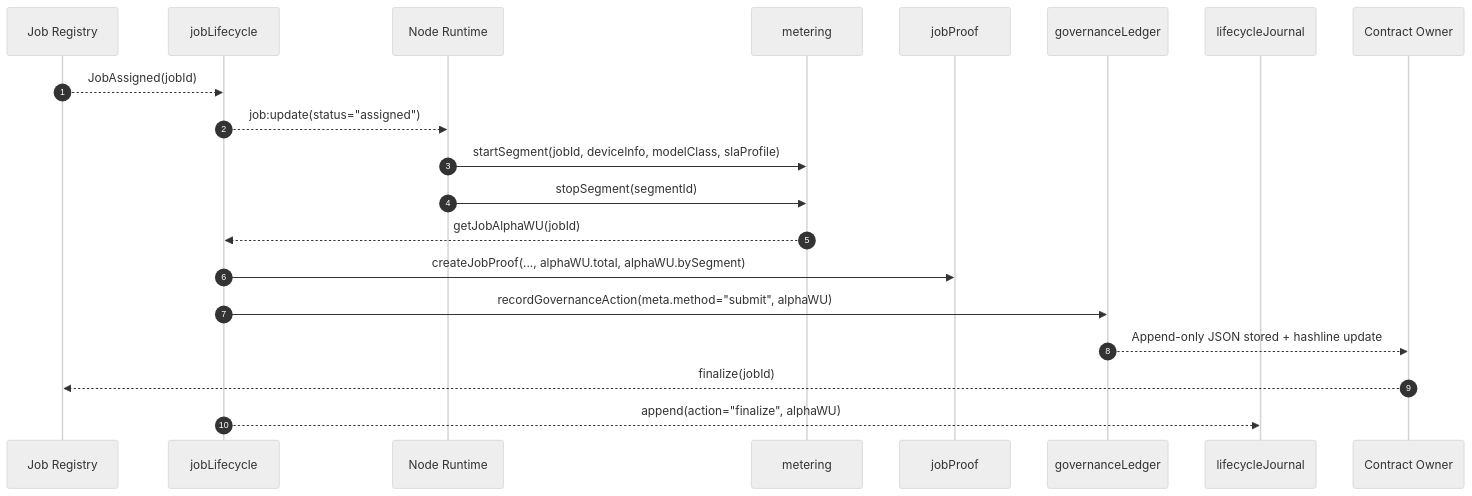
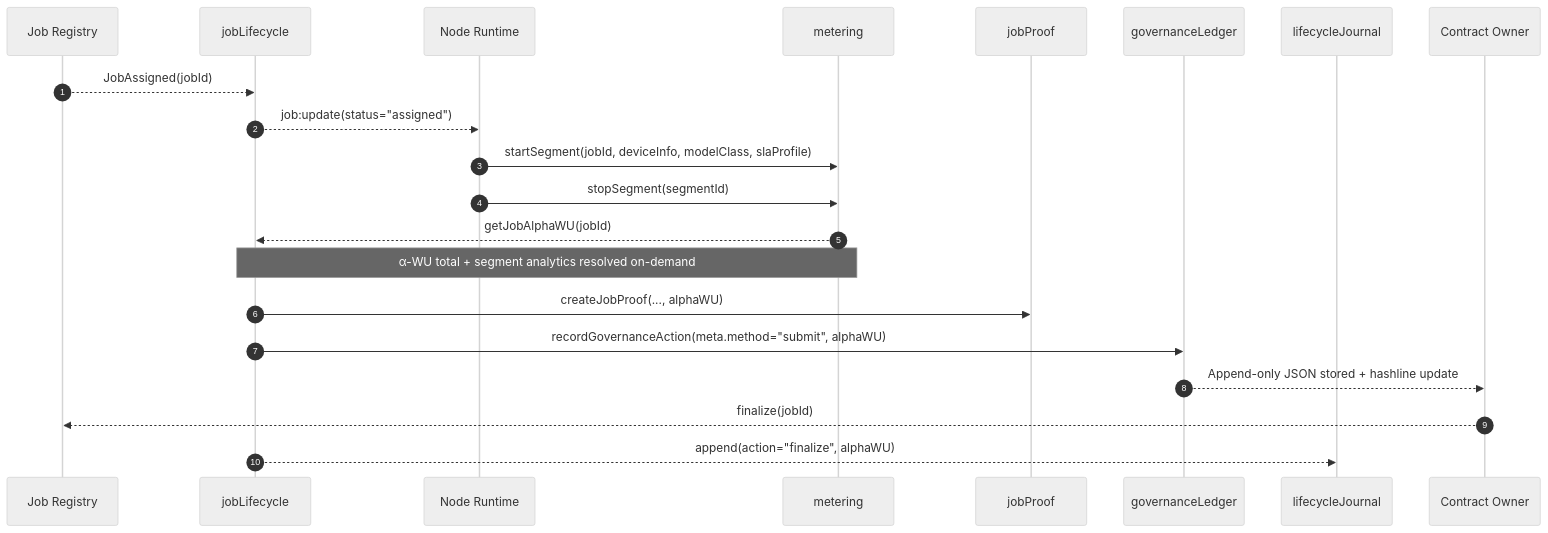
The second of 4 diagrams in README.md (MontrealAI/AGI-Alpha-Node-v0), drawn with Mermaid (neutral theme) before and after one commit. The commit also changed other lines of this file and 3 other files, not shown here.

Commit message:
Attach alpha WU telemetry across lifecycle and refresh docs

````diff
--- a/README.md
+++ b/README.md
@@ -100,23 +103,24 @@
 ```mermaid
 sequenceDiagram
   autonumber
   participant Registry as Job Registry
   participant Lifecycle as jobLifecycle
   participant Runtime as Node Runtime
   participant Meter as metering
   participant Proof as jobProof
   participant Ledger as governanceLedger
   participant Journal as lifecycleJournal
   participant Owner as Contract Owner
 
   Registry-->>Lifecycle: JobAssigned(jobId)
   Lifecycle-->>Runtime: job:update(status="assigned")
   Runtime->>Meter: startSegment(jobId, deviceInfo, modelClass, slaProfile)
   Runtime->>Meter: stopSegment(segmentId)
   Meter-->>Lifecycle: getJobAlphaWU(jobId)
-  Lifecycle->>Proof: createJobProof(..., alphaWU.total, alphaWU.bySegment)
+  Note over Meter,Lifecycle: α-WU total + segment analytics resolved on-demand
+  Lifecycle->>Proof: createJobProof(..., alphaWU)
   Lifecycle->>Ledger: recordGovernanceAction(meta.method="submit", alphaWU)
   Ledger-->>Owner: Append-only JSON stored + hashline update
   Owner-->>Registry: finalize(jobId)
   Lifecycle-->>Journal: append(action="finalize", alphaWU)
 ```
````
